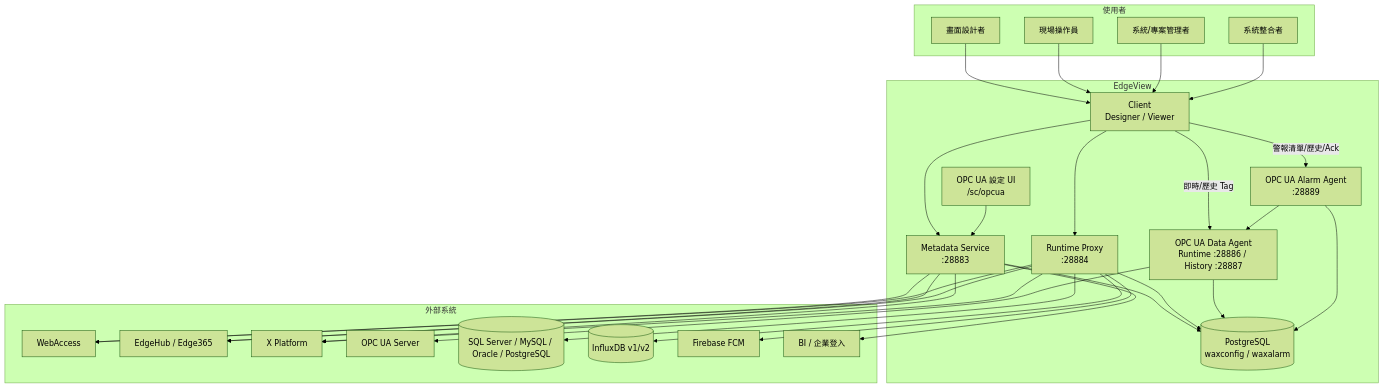
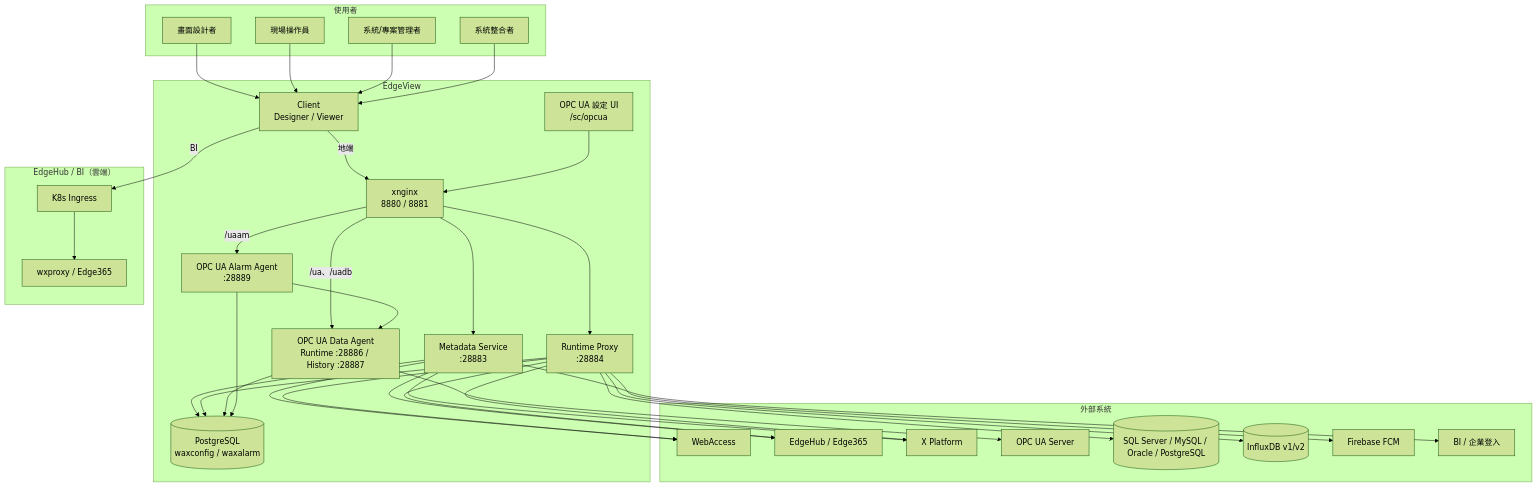
The diagram in SRS/02_Overall_Description.md (PochengChen-del/EdgeViewDoc), drawn with Mermaid (forest theme) before and after one commit. The commit also changed other lines of this file and 19 other files, not shown here.

Commit message:
完成 SDS 架構調整，將「地端 xnginx」與「EdgeHub/BI K8s Ingress」明確分流

````diff
--- a/SRS/02_Overall_Description.md
+++ b/SRS/02_Overall_Description.md
@@ -7,56 +13,65 @@
 ```mermaid
 flowchart TB
     subgraph Users["使用者"]
         Designer[畫面設計者]
         Operator[現場操作員]
         Admin[系統/專案管理者]
         Integrator[系統整合者]
     end
 
     subgraph EdgeView["EdgeView"]
         Client[Client<br/>Designer / Viewer]
+        NG[xnginx<br/>8880 / 8881]
         Meta[Metadata Service<br/>:28883]
         Proxy[Runtime Proxy<br/>:28884]
         Agent[OPC UA Data Agent<br/>Runtime :28886 / History :28887]
         Alarm[OPC UA Alarm Agent<br/>:28889]
         UI[OPC UA 設定 UI<br/>/sc/opcua]
         DB[(PostgreSQL<br/>waxconfig / waxalarm)]
-        Client --> Meta
-        Client --> Proxy
-        Client -->|即時/歷史 Tag| Agent
-        Client -->|警報清單/歷史/Ack| Alarm
-        UI --> Meta
+        Client -->|地端| NG
+        UI --> NG
+        NG --> Meta
+        NG --> Proxy
+        NG -->|/ua、/uadb| Agent
+        NG -->|/uaam| Alarm
         Meta --> DB
         Proxy --> DB
         Agent --> DB
         Alarm --> DB
     end
+
+    subgraph Cloud["EdgeHub / BI（雲端）"]
+        ING[K8s Ingress]
+        CloudSvc[wxproxy / Edge365]
+        ING --> CloudSvc
+    end
+    Client -->|BI| ING
 
     subgraph External["外部系統"]
         WA[WebAccess]
         EH[EdgeHub / Edge365]
         X[X Platform]
         OPC[OPC UA Server]
         SQL[(SQL Server / MySQL / Oracle / PostgreSQL)]
         Influx[(InfluxDB v1/v2)]
         FCM[Firebase FCM]
         IdP[BI / 企業登入]
     end
 
     Designer --> Client
     Operator --> Client
     Admin --> Client
     Integrator --> Client
     Meta --> WA
     Meta --> EH
     Meta --> X
     Meta --> IdP
     Proxy --> WA
     Proxy --> EH
     Proxy --> X
     Proxy --> SQL
     Proxy --> Influx
     Proxy --> FCM
     Agent --> OPC
     Alarm --> Agent
 ```
````
